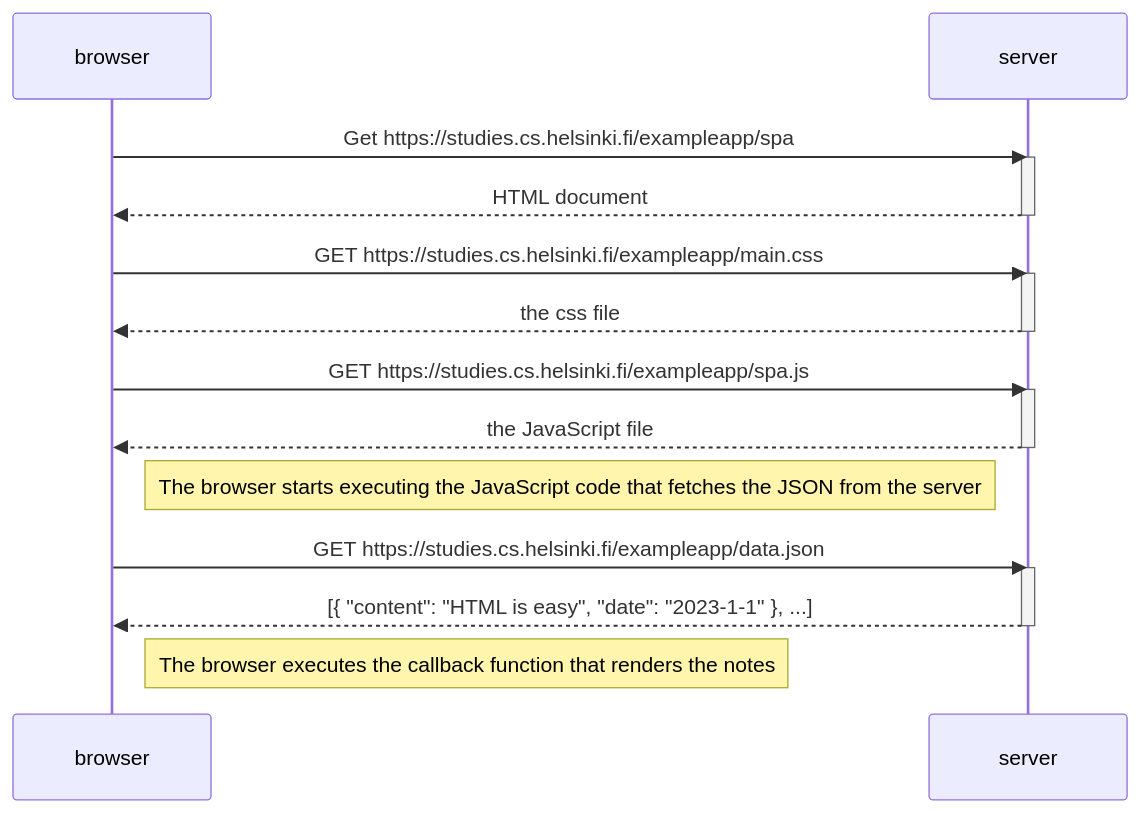
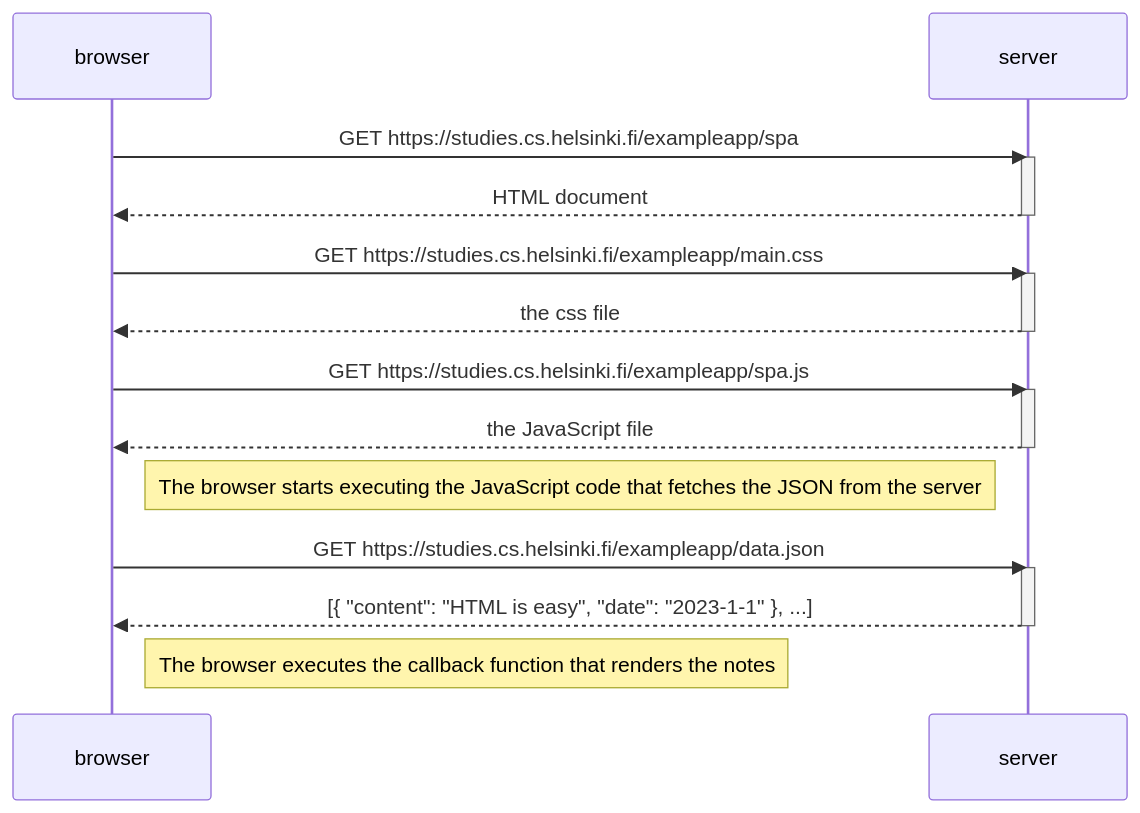
The diagram in part0/exercise0-5.md (MC-Codingcat/fullstack), drawn with Mermaid before and after one commit. The commit also changed 1 other file, not shown here.

````diff
--- a/part0/exercise0-5.md
+++ b/part0/exercise0-5.md
@@ -1,29 +1,29 @@
 ```mermaid
 sequenceDiagram
     participant browser
     participant server
 
-    browser->>server: Get https://studies.cs.helsinki.fi/exampleapp/spa
+    browser->>server: GET https://studies.cs.helsinki.fi/exampleapp/spa
     activate server
     server-->>browser:HTML document
     deactivate server
 
     browser->>server: GET https://studies.cs.helsinki.fi/exampleapp/main.css
     activate server
     server-->>browser: the css file
     deactivate server
 
     browser->>server: GET https://studies.cs.helsinki.fi/exampleapp/spa.js
     activate server
     server-->>browser: the JavaScript file
     deactivate server
 
     Note right of browser: The browser starts executing the JavaScript code that fetches the JSON from the server
 
     browser->>server: GET https://studies.cs.helsinki.fi/exampleapp/data.json
     activate server
     server-->>browser: [{ "content": "HTML is easy", "date": "2023-1-1" }, ...]
     deactivate server
 
     Note right of browser: The browser executes the callback function that renders the notes
 ```
````
